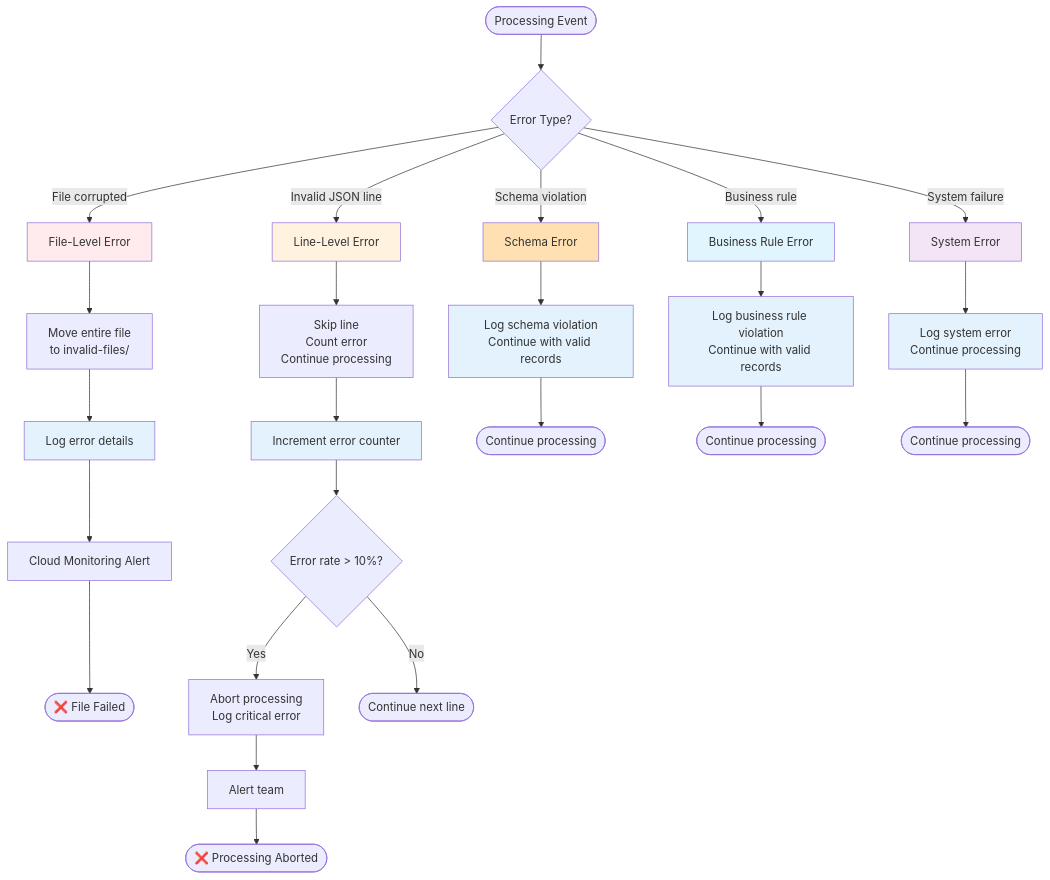
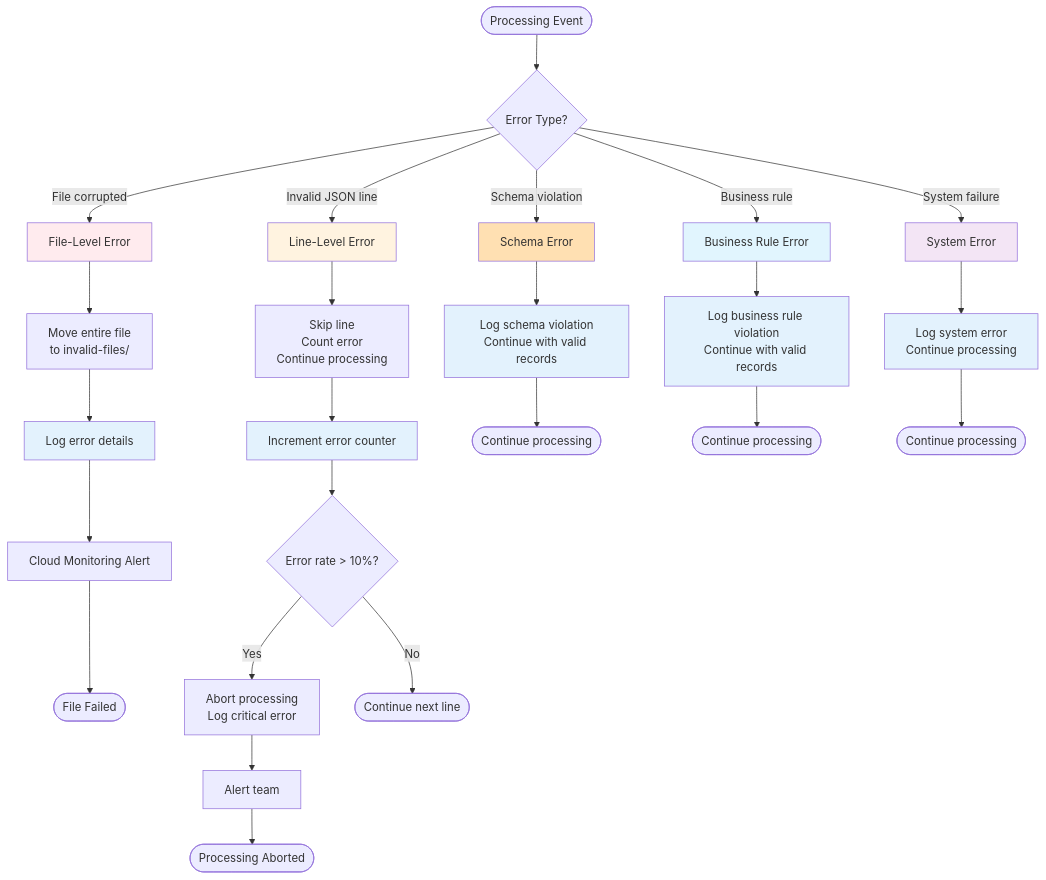
The first of 2 diagrams in design/github_archive/phase2_process_files/diagrams/09_error_handling.md (prateekpanjla-outlook/gcp_data_proc), drawn with Mermaid before and after one commit. The commit also changed 56 other files, not shown here.

````diff
--- a/design/github_archive/phase2_process_files/diagrams/09_error_handling.md
+++ b/design/github_archive/phase2_process_files/diagrams/09_error_handling.md
@@ -3,42 +3,42 @@
 ```mermaid
 graph TD
     Start([Processing Event]) --> Check{Error Type?}
 
     Check -->|File corrupted| FileErr[File-Level Error]
     Check -->|Invalid JSON line| LineErr[Line-Level Error]
     Check -->|Schema violation| SchemaErr[Schema Error]
     Check -->|Business rule| BizErr[Business Rule Error]
     Check -->|System failure| SysErr[System Error]
 
     FileErr --> FileAction[Move entire file<br>to invalid-files/]
     FileAction --> LogFile[Log error details]
     LogFile --> AlertFile[Cloud Monitoring Alert]
-    AlertFile --> EndFile([❌ File Failed])
+    AlertFile --> EndFile([File Failed])
 
     LineErr --> LineAction[Skip line<br>Count error<br>Continue processing]
     LineAction --> LogLine[Increment error counter]
     LogLine --> CheckRate{Error rate > 10%?}
     CheckRate -->|Yes| Abort[Abort processing<br>Log critical error]
     CheckRate -->|No| ContinueLine([Continue next line])
     Abort --> AlertRate[Alert team]
-    AlertRate --> EndAbort([❌ Processing Aborted])
+    AlertRate --> EndAbort([Processing Aborted])
 
     SchemaErr --> LogSchema[Log schema violation<br>Continue with valid records]
     BizErr --> LogBiz[Log business rule violation<br>Continue with valid records]
     SysErr --> LogSys[Log system error<br>Continue processing]
 
     LogSchema --> ContinueSchema([Continue processing])
     LogBiz --> ContinueBiz([Continue processing])
     LogSys --> ContinueSys([Continue processing])
 
     style FileErr fill:#ffebee
     style LineErr fill:#fff3e0
     style SchemaErr fill:#ffe0b2
     style BizErr fill:#e1f5fe
     style SysErr fill:#f3e5f5
     style LogFile fill:#e3f2fd
     style LogLine fill:#e3f2fd
     style LogSchema fill:#e3f2fd
     style LogBiz fill:#e3f2fd
     style LogSys fill:#e3f2fd
 ```
````
